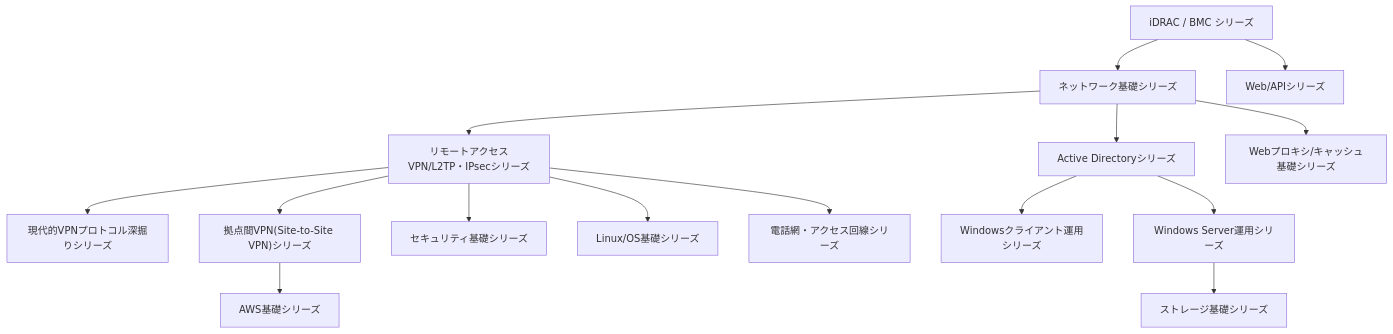
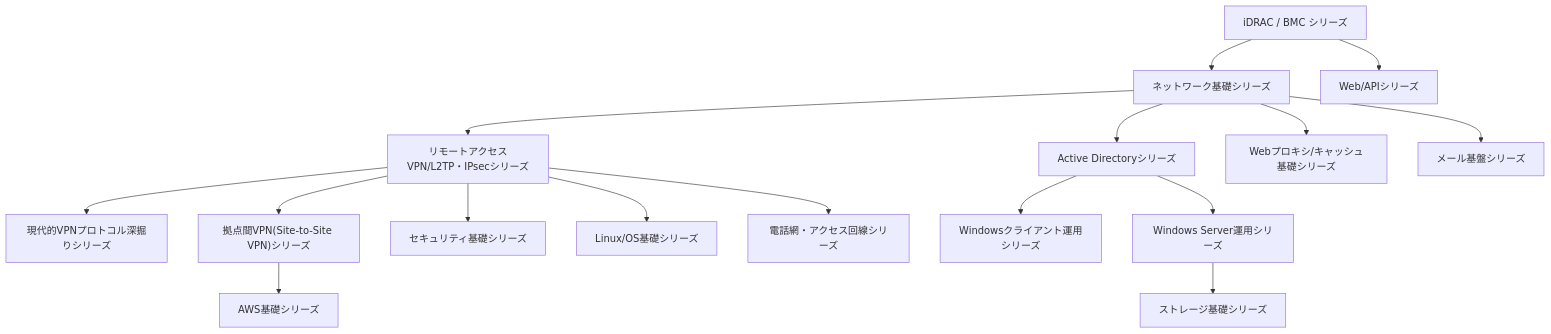
One commit to koikoi1998/koikoi-blog-20260723 changed the diagram in src/pages/sitemap.md. Above: the diagram before and after it, drawn with Mermaid. The commit also changed other lines of this file and 7 other files, not shown here.

````diff
--- a/src/pages/sitemap.md
+++ b/src/pages/sitemap.md
@@ -24,33 +24,35 @@
 ```mermaid
 graph TB
     Idrac["iDRAC / BMC シリーズ"]
     Network["ネットワーク基礎シリーズ"]
     Vpn["リモートアクセスVPN/L2TP・IPsecシリーズ"]
     ModernVpn["現代的VPNプロトコル深掘りシリーズ"]
     SiteToSite["拠点間VPN(Site-to-Site VPN)シリーズ"]
     Security["セキュリティ基礎シリーズ"]
     Linux["Linux/OS基礎シリーズ"]
     Telephony["電話網・アクセス回線シリーズ"]
     Api["Web/APIシリーズ"]
     ActiveDirectory["Active Directoryシリーズ"]
     WindowsClient["Windowsクライアント運用シリーズ"]
     WindowsServer["Windows Server運用シリーズ"]
     Storage["ストレージ基礎シリーズ"]
     WebProxy["Webプロキシ/キャッシュ基礎シリーズ"]
     AwsBasics["AWS基礎シリーズ"]
+    Messaging["メール基盤シリーズ"]
 
     Idrac --> Network
     Idrac --> Api
     Network --> Vpn
     Vpn --> ModernVpn
     Vpn --> SiteToSite
     Vpn --> Security
     Vpn --> Linux
     Vpn --> Telephony
     Network --> ActiveDirectory
     ActiveDirectory --> WindowsClient
     ActiveDirectory --> WindowsServer
     WindowsServer --> Storage
     Network --> WebProxy
     SiteToSite --> AwsBasics
+    Network --> Messaging
 ```
````
